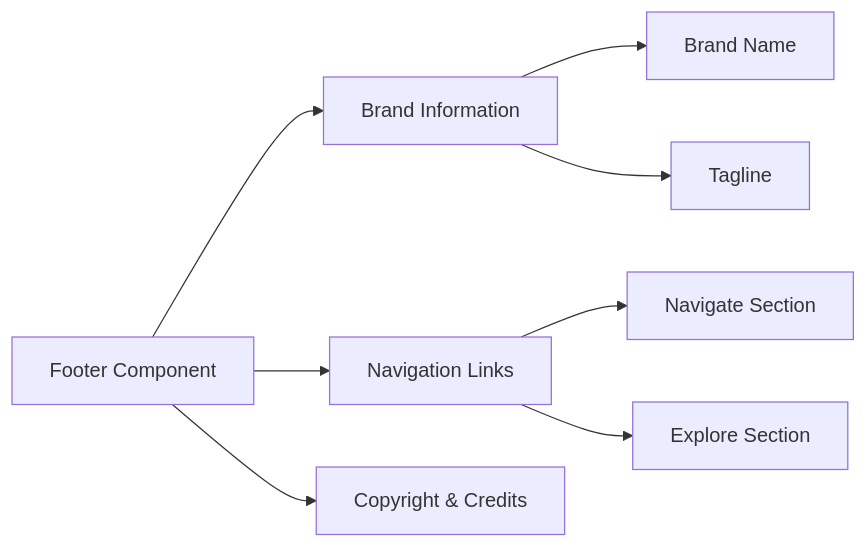
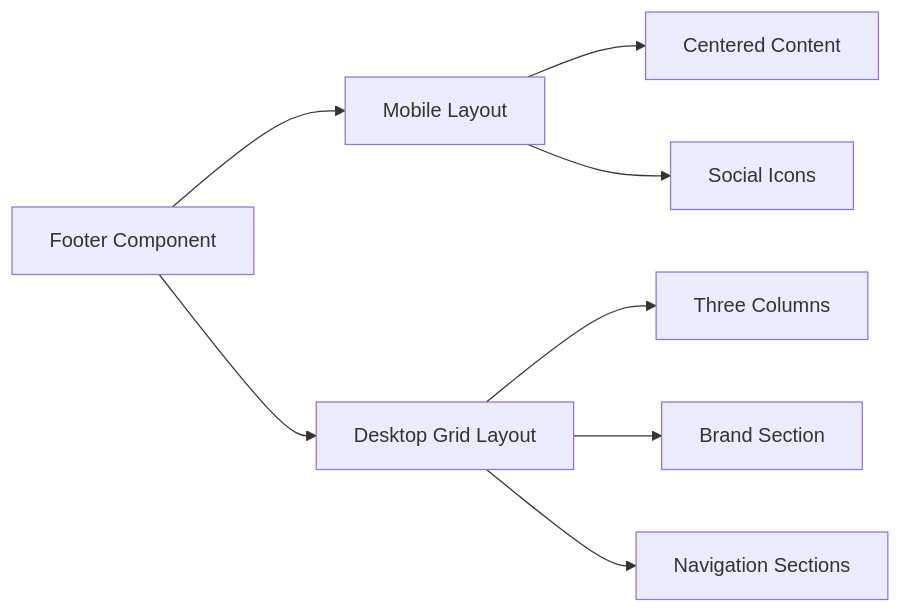
The eighth of 14 diagrams in .qoder/repowiki/en/content/Application Architecture.md (rakeshmaity271/frankie-picasso), drawn with Mermaid before and after one commit. The commit also changed other lines of this file and 27 other files, not shown here.

````diff
--- a/.qoder/repowiki/en/content/Application Architecture.md
+++ b/.qoder/repowiki/en/content/Application Architecture.md
@@ -229,10 +425,10 @@
 ```mermaid
 graph LR
-Footer["Footer Component"] --> Brand["Brand Information"]
-Footer --> Links["Navigation Links"]
-Footer --> Copyright["Copyright & Credits"]
-Brand --> BrandName["Brand Name"]
-Brand --> Tagline["Tagline"]
-Links --> Navigate["Navigate Section"]
-Links --> Explore["Explore Section"]
+Footer["Footer Component"] --> MobileLayout["Mobile Layout"]
+Footer --> DesktopLayout["Desktop Grid Layout"]
+MobileLayout --> Centered["Centered Content"]
+MobileLayout --> SocialIcons["Social Icons"]
+DesktopLayout --> ThreeColumns["Three Columns"]
+DesktopLayout --> BrandSection["Brand Section"]
+DesktopLayout --> NavigationSections["Navigation Sections"]
 ```
````
